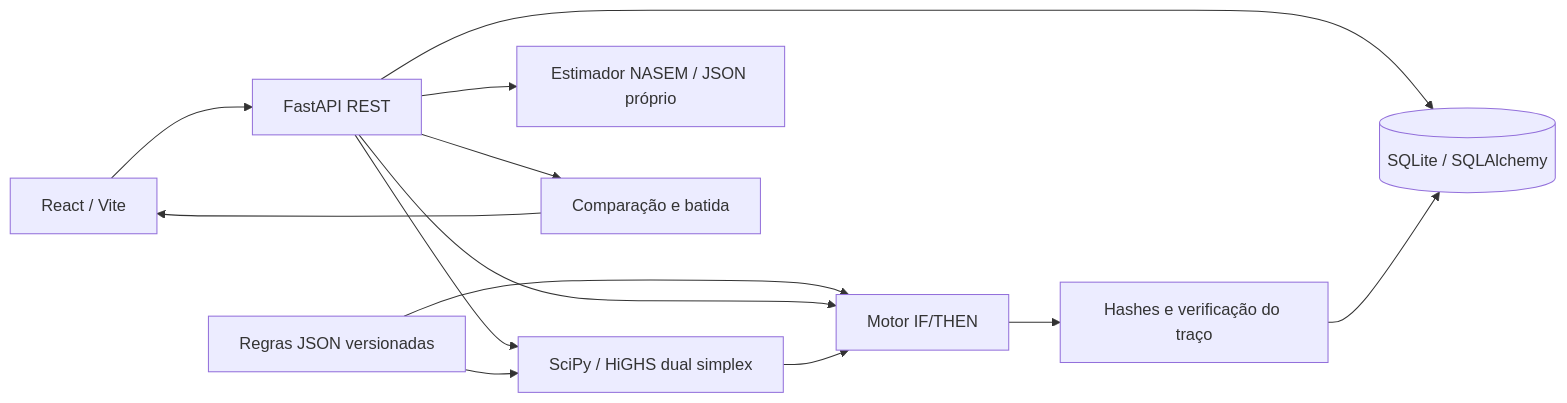
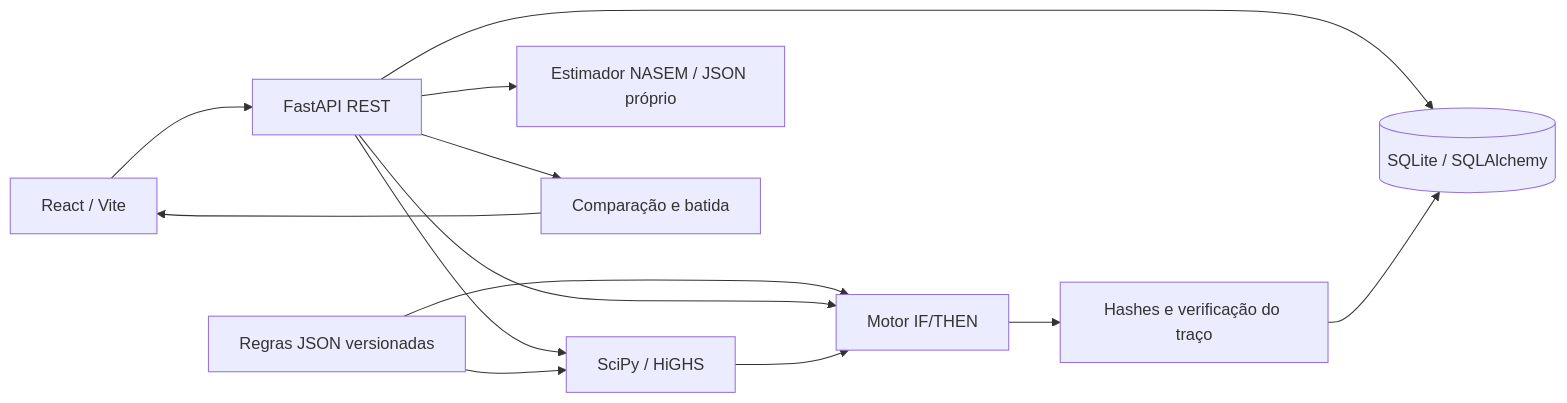
The diagram in akinutri/README.md (hlanzieri/hackathon-rerum), drawn with Mermaid before and after one commit. The commit also changed other lines of this file and 14 other files, not shown here.

````diff
--- a/akinutri/README.md
+++ b/akinutri/README.md
@@ -137,15 +236,15 @@
 ```mermaid
 flowchart LR
     UI[React / Vite] --> API[FastAPI REST]
     API --> DB[(SQLite / SQLAlchemy)]
     JSON[Regras JSON versionadas] --> R[Motor IF/THEN]
     API --> R
-    API --> LP[SciPy / HiGHS dual simplex]
+    API --> LP[SciPy / HiGHS]
     JSON --> LP
     LP --> R
     R --> A[Hashes e verificação do traço]
     A --> DB
     API --> CMS[Estimador NASEM / JSON próprio]
     API --> REPORTS[Comparação e batida]
     REPORTS --> UI
 ```
````
